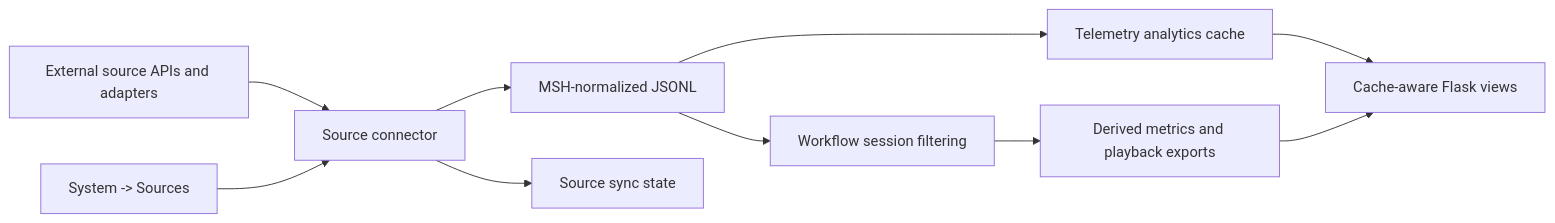
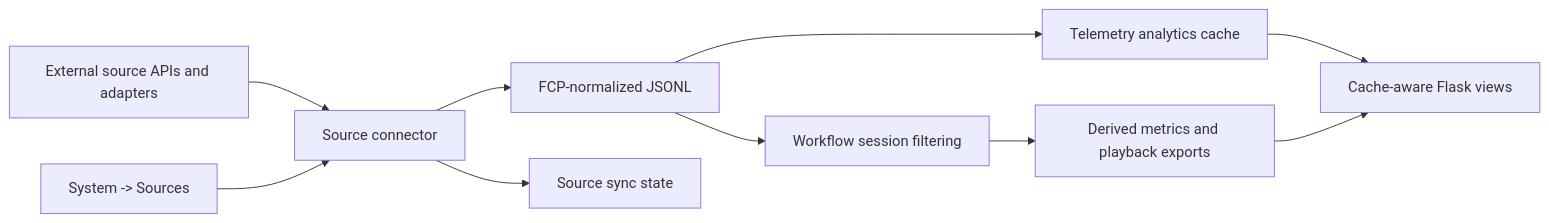
The diagram in docs/source_synchronization.md (Nettking/msh), drawn with Mermaid before and after one commit. The commit also changed other lines of this file and 410 other files, not shown here.

````diff
--- a/docs/source_synchronization.md
+++ b/docs/source_synchronization.md
@@ -74,12 +74,12 @@
 ```mermaid
 flowchart LR
     A[External source APIs and adapters] --> B[Source connector]
-    B --> C[MSH-normalized JSONL]
+    B --> C[FCP-normalized JSONL]
     B --> D[Source sync state]
     C --> E[Telemetry analytics cache]
     C --> F[Workflow session filtering]
     F --> G[Derived metrics and playback exports]
     E --> H[Cache-aware Flask views]
     G --> H
     I[System -> Sources] --> B
 ```
````
